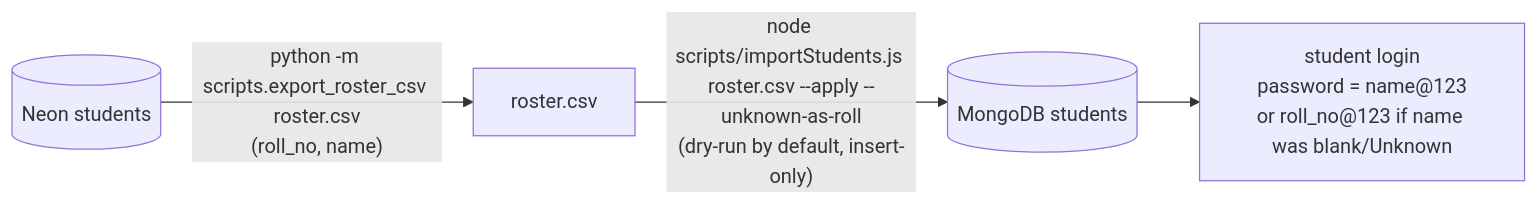
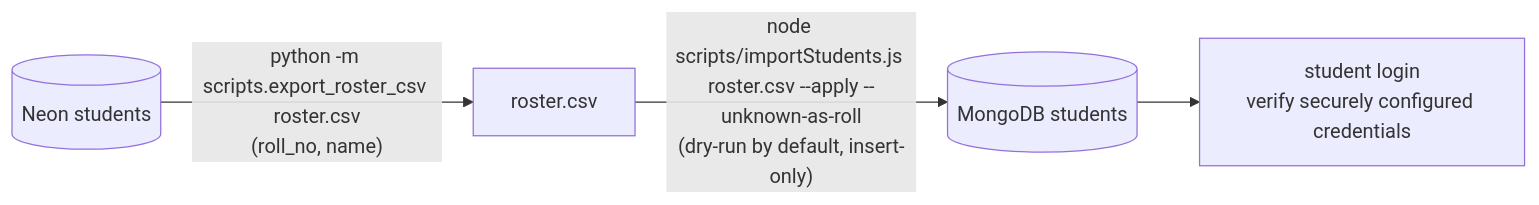
Before and after one commit to cybodexx/edu-growth: diagram 12 of 13 in README.md, drawn with Mermaid. The commit also changed other lines of this file, not shown here.

````diff
--- a/README.md
+++ b/README.md
@@ -478,6 +478,6 @@
 ```mermaid
 flowchart LR
     NEON[("Neon students")] -->|"python -m scripts.export_roster_csv roster.csv<br/>(roll_no, name)"| CSV["roster.csv"]
     CSV -->|"node scripts/importStudents.js roster.csv --apply --unknown-as-roll<br/>(dry-run by default, insert-only)"| MONGO[("MongoDB students")]
-    MONGO --> LOGIN["student login<br/>password = name@123<br/>or roll_no@123 if name was blank/Unknown"]
+    MONGO --> LOGIN["student login<br/>verify securely configured credentials"]
 ```
````
